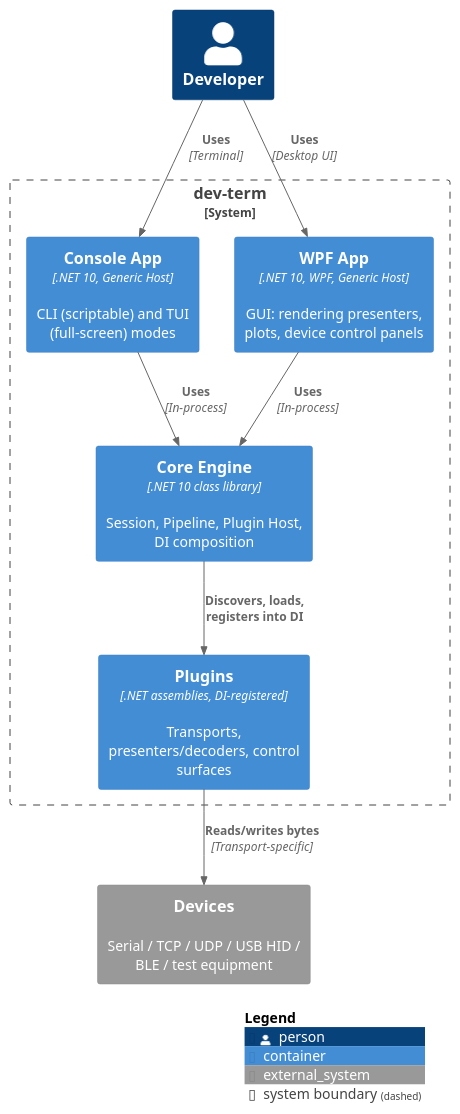
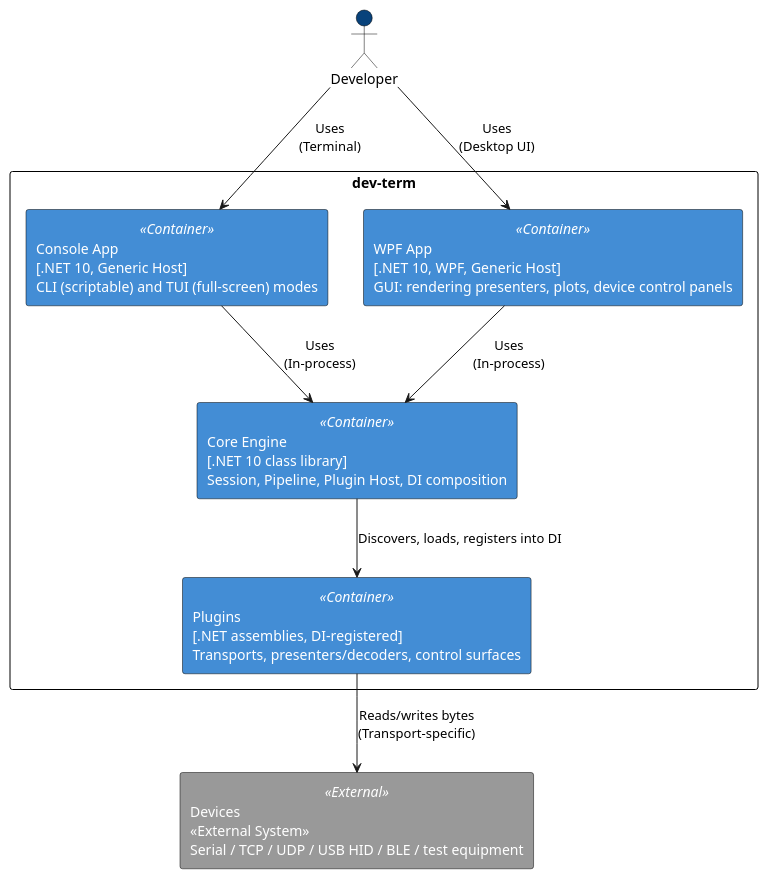
Before and after one commit to OutOfBandDevelopment/dotex: the second of 3 diagrams in docs/applications/devterm/design/architecture.md, drawn with PlantUML. The commit also changed other lines of this file and 79 other files, not shown here.

First line of the commit message:
Convert ASCII-art diagrams to PlantUML and add the Docs.Tests ASCII check

````diff
--- a/docs/applications/devterm/design/architecture.md
+++ b/docs/applications/devterm/design/architecture.md
@@ -94,25 +102,33 @@
 ```plantuml
 @startuml
-!include https://raw.githubusercontent.com/plantuml-stdlib/C4-PlantUML/master/C4_Container.puml
-
-Person(developer, "Developer")
-
-System_Boundary(devterm, "dev-term") {
-  Container(consoleApp, "Console App", ".NET 10, Generic Host", "CLI (scriptable) and TUI (full-screen) modes")
-  Container(wpfApp, "WPF App", ".NET 10, WPF, Generic Host", "GUI: rendering presenters, plots, device control panels")
-  Container(core, "Core Engine", ".NET 10 class library", "Session, Pipeline, Plugin Host, DI composition")
-  Container(plugins, "Plugins", ".NET assemblies, DI-registered", "Transports, presenters/decoders, control surfaces")
+skinparam rectangle {
+    BackgroundColor<<Container>> #438DD5
+    FontColor<<Container>> #FFFFFF
+    BackgroundColor<<External>> #999999
+    FontColor<<External>> #FFFFFF
+    BorderColor Black
+}
+skinparam actor {
+    BackgroundColor #08427B
+    BorderColor Black
 }
 
-System_Ext(devices, "Devices", "Serial / TCP / UDP / USB HID / BLE / test equipment")
+actor "Developer" as developer
 
-Rel(developer, consoleApp, "Uses", "Terminal")
-Rel(developer, wpfApp, "Uses", "Desktop UI")
-Rel(consoleApp, core, "Uses", "In-process")
-Rel(wpfApp, core, "Uses", "In-process")
-Rel(core, plugins, "Discovers, loads, registers into DI")
-Rel(plugins, devices, "Reads/writes bytes", "Transport-specific")
+rectangle "dev-term" {
+  rectangle "Console App\n[.NET 10, Generic Host]\nCLI (scriptable) and TUI (full-screen) modes" as consoleApp <<Container>>
+  rectangle "WPF App\n[.NET 10, WPF, Generic Host]\nGUI: rendering presenters, plots, device control panels" as wpfApp <<Container>>
+  rectangle "Core Engine\n[.NET 10 class library]\nSession, Pipeline, Plugin Host, DI composition" as core <<Container>>
+  rectangle "Plugins\n[.NET assemblies, DI-registered]\nTransports, presenters/decoders, control surfaces" as plugins <<Container>>
+}
 
-SHOW_LEGEND()
+rectangle "Devices\n<<External System>>\nSerial / TCP / UDP / USB HID / BLE / test equipment" as devices <<External>>
+
+developer --> consoleApp : Uses\n(Terminal)
+developer --> wpfApp : Uses\n(Desktop UI)
+consoleApp --> core : Uses\n(In-process)
+wpfApp --> core : Uses\n(In-process)
+core --> plugins : Discovers, loads, registers into DI
+plugins --> devices : Reads/writes bytes\n(Transport-specific)
 @enduml
 ```
````
